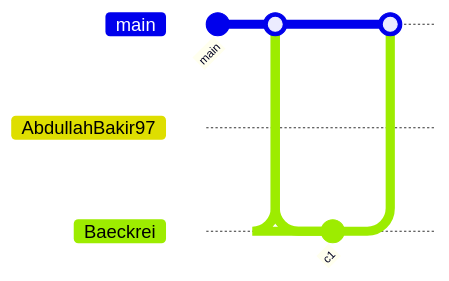
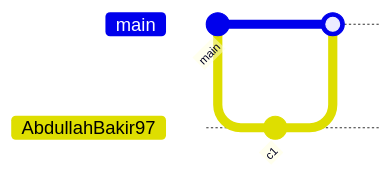
The diagram in README.md (AbdullahBakir97/AbdullahBakir97), drawn with Mermaid before and after one commit. The commit also changed other lines of this file and 4 other files, not shown here.

````diff
--- a/README.md
+++ b/README.md
@@ -336,14 +336,9 @@
 ```mermaid
 gitGraph
    commit id: "main"
    branch AbdullahBakir97
    checkout AbdullahBakir97
    commit id: "c1"
    checkout main
    merge AbdullahBakir97
-   branch Baeckrei
-   checkout Baeckrei
-   commit id: "c1"
-   checkout main
-   merge Baeckrei
 ```
````
